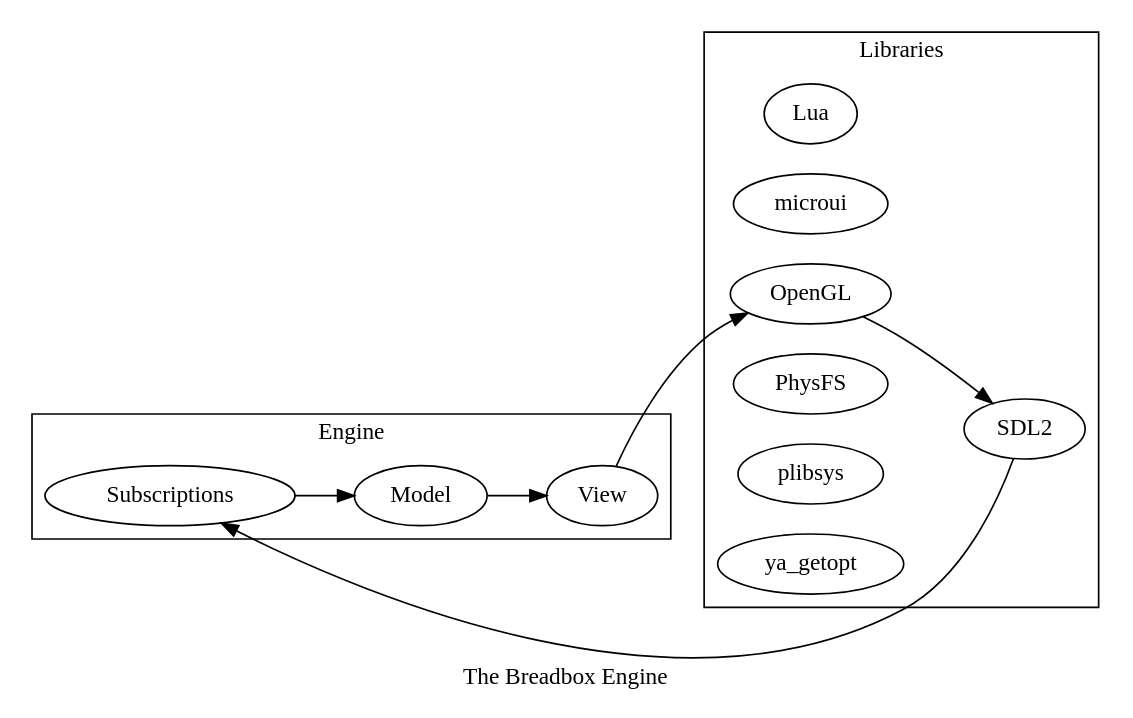
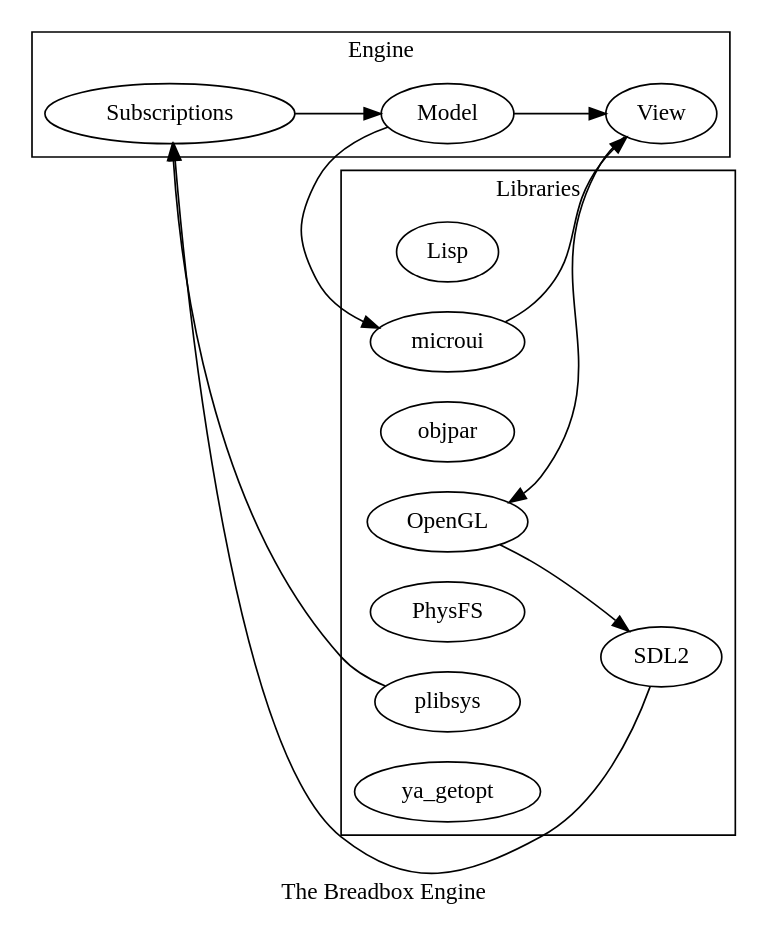
One commit to cbpudding/breadbox-r2 changed the diagram in design.gv. Above: the diagram before and after it, drawn with Graphviz.

Commit message:
Updated the flowchart

```diff
--- a/design.gv
+++ b/design.gv
@@ -1,31 +1,34 @@
 digraph {
     label="The Breadbox Engine";
     rankdir=LR;
 
     subgraph cluster_engine {
         label="Engine";
 
         model [label="Model"]
         subscriptions [label="Subscriptions"]
         view [label="View"]
 
         subscriptions -> model -> view
     }
 
     subgraph cluster_libraries {
         label="Libraries";
 
-        lua [label="Lua"]
+        lisp [label="Lisp"]
         microui
+        objpar
         opengl [label="OpenGL"]
         physfs [label="PhysFS"]
         plibsys
         sdl2 [label="SDL2"]
         ya_getopt
 
         opengl -> sdl2
     }
 
+    model -> microui -> view
+    plibsys -> subscriptions
     sdl2 -> subscriptions
     view -> opengl
 }
```
